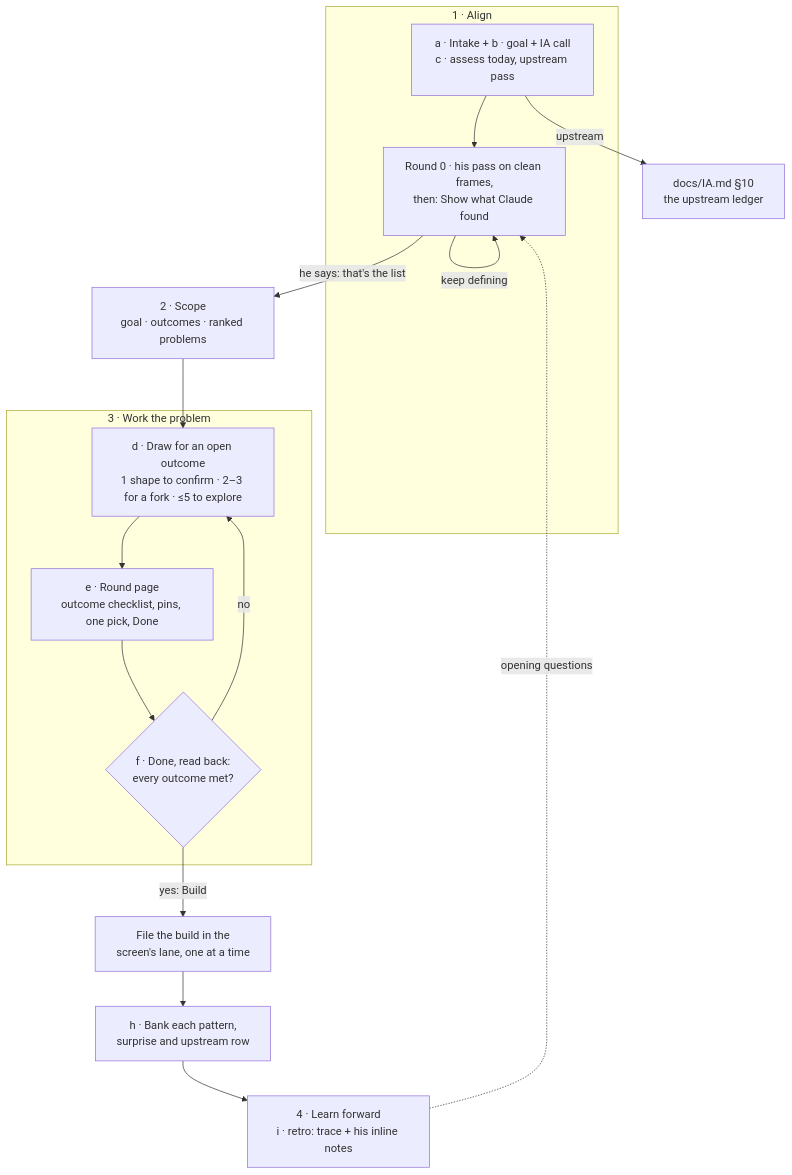
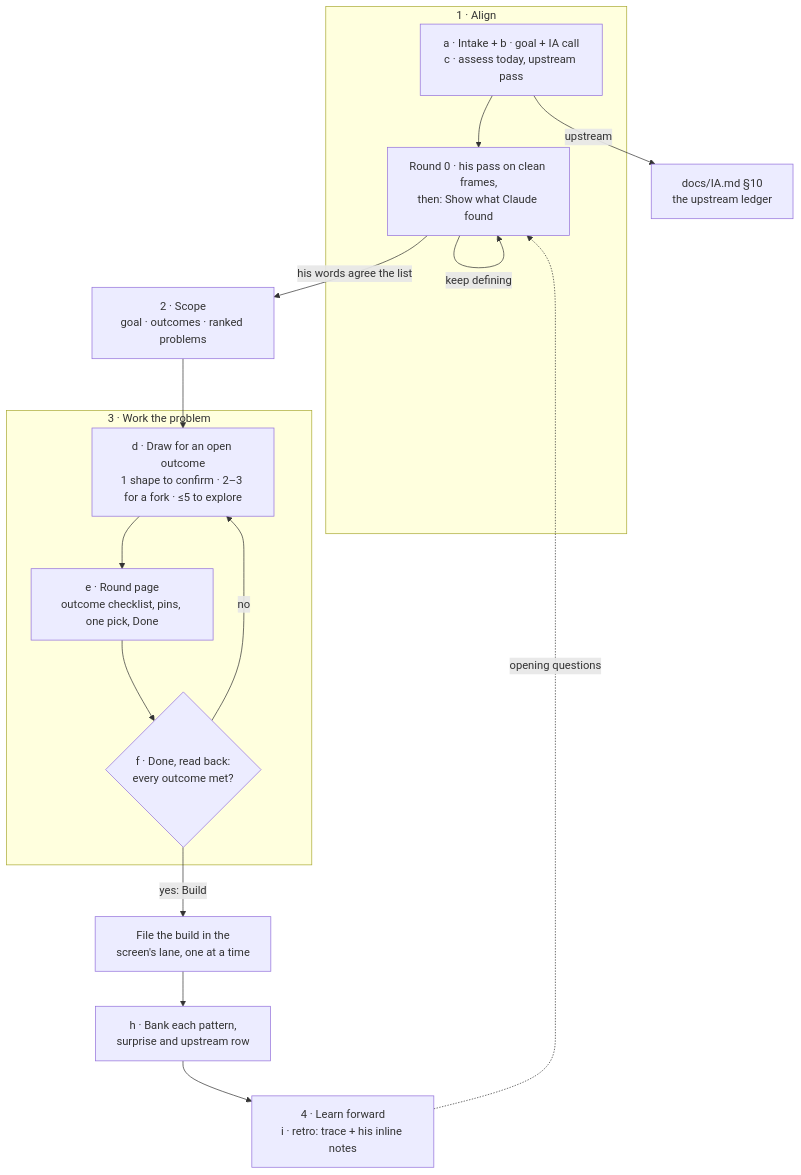
One commit to ejclark/skynet-capital changed the diagram in docs/process/REDESIGN.md. Above: the diagram before and after it, drawn with Mermaid. The commit also changed other lines of this file and 1 other file, not shown here.

First line of the commit message:
docs(drift): settle the scope signal per Eric's decision

````diff
--- a/docs/process/REDESIGN.md
+++ b/docs/process/REDESIGN.md
@@ -27,20 +28,20 @@
 ```mermaid
 flowchart TD
   subgraph S1["1 · Align"]
     A["a · Intake + b · goal + IA call<br/>c · assess today, upstream pass"] --> R["Round 0 · his pass on clean frames,<br/>then: Show what Claude found"]
     R -->|"keep defining"| R
   end
   C2["docs/IA.md §10<br/>the upstream ledger"]
   A -->|"upstream"| C2
-  R -->|"he says: that's the list"| L["2 · Scope<br/>goal · outcomes · ranked problems"]
+  R -->|"his words agree the list"| L["2 · Scope<br/>goal · outcomes · ranked problems"]
   subgraph S3["3 · Work the problem"]
     D["d · Draw for an open outcome<br/>1 shape to confirm · 2–3 for a fork · ≤5 to explore"] --> E["e · Round page<br/>outcome checklist, pins, one pick, Done"]
     E --> F{"f · Done, read back:<br/>every outcome met?"}
     F -->|"no"| D
   end
   L --> D
   F -->|"yes: Build"| G["File the build in the<br/>screen's lane, one at a time"]
   G --> H["h · Bank each pattern,<br/>surprise and upstream row"]
   H --> I["4 · Learn forward<br/>i · retro: trace + his inline notes"]
   I -.->|"opening questions"| R
 ```
````
